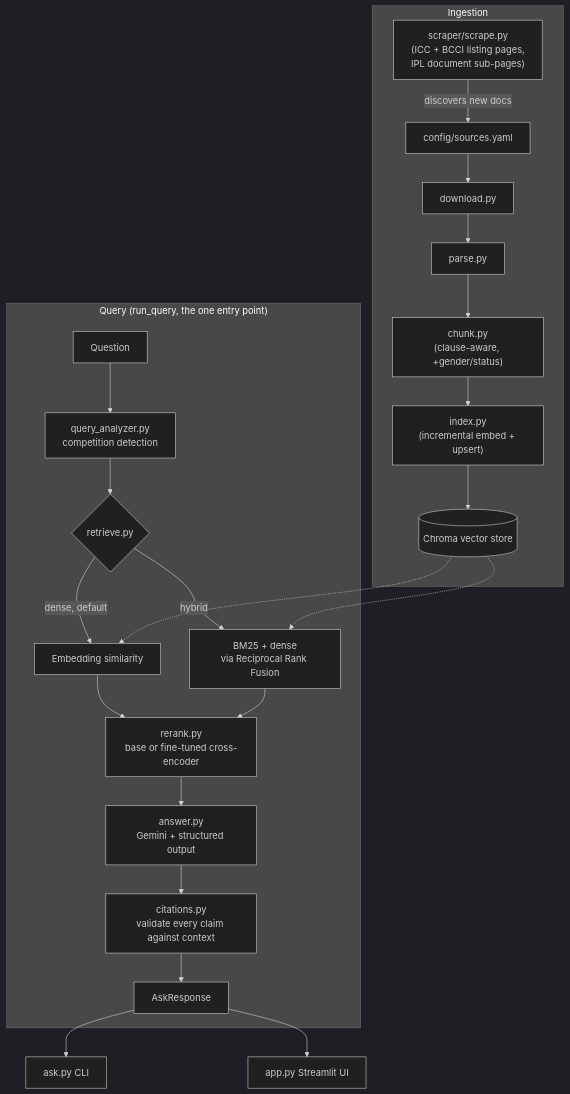
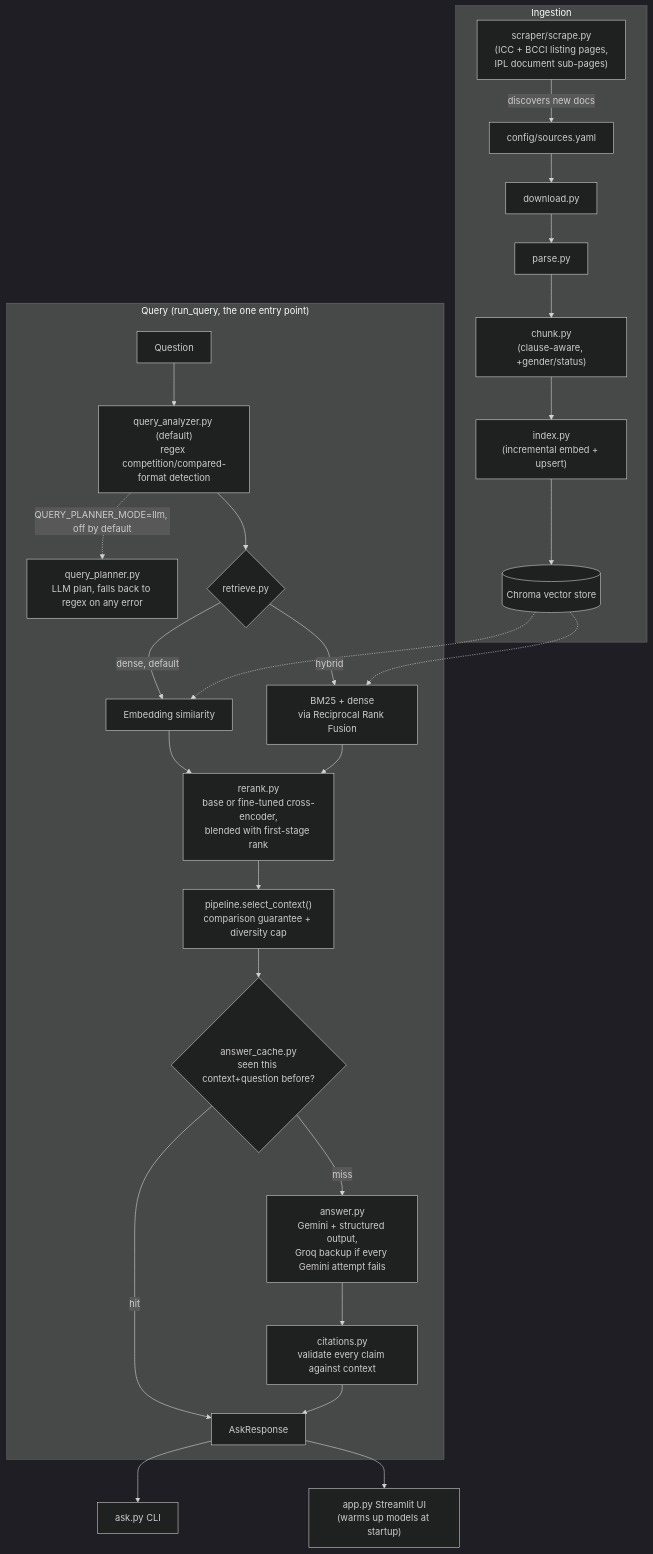
The first of 2 diagrams in README.md (Mayurk906/THirdUmpire), drawn with Mermaid (dark theme) before and after one commit. The commit also changed other lines of this file and 16 other files, not shown here.

Commit message:
Fix clause-truncation bug, improve retrieval diversity and reranker Recall@1, add answer cache and optional Groq/LLM-planner fallbacks.

````diff
--- a/README.md
+++ b/README.md
@@ -15,29 +15,33 @@
 ```mermaid
 flowchart TD
     subgraph Ingestion
         SRC[config/sources.yaml]
         SCRAPE["scraper/scrape.py<br/>(ICC + BCCI listing pages,<br/>IPL document sub-pages)"] -->|discovers new docs| SRC
         SRC --> DL[download.py]
         DL --> PARSE[parse.py]
         PARSE --> CHUNK["chunk.py<br/>(clause-aware, +gender/status)"]
         CHUNK --> IDX["index.py<br/>(incremental embed + upsert)"]
         IDX --> CHROMA[(Chroma vector store)]
     end
 
     subgraph "Query (run_query, the one entry point)"
-        Q[Question] --> QA["query_analyzer.py<br/>competition detection"]
+        Q[Question] --> QA["query_analyzer.py (default)<br/>regex competition/compared-format detection"]
+        QA -.->|QUERY_PLANNER_MODE=llm, off by default| QP["query_planner.py<br/>LLM plan, falls back to regex on any error"]
         QA --> RET{retrieve.py}
         RET -->|dense, default| DENSE[Embedding similarity]
         RET -->|hybrid| HYBRID["BM25 + dense<br/>via Reciprocal Rank Fusion"]
         CHROMA -.-> DENSE
         CHROMA -.-> HYBRID
-        DENSE --> RR["rerank.py<br/>base or fine-tuned cross-encoder"]
+        DENSE --> RR["rerank.py<br/>base or fine-tuned cross-encoder,<br/>blended with first-stage rank"]
         HYBRID --> RR
-        RR --> ANS["answer.py<br/>Gemini + structured output"]
+        RR --> SEL["pipeline.select_context()<br/>comparison guarantee + diversity cap"]
+        SEL --> CACHE{"answer_cache.py<br/>seen this context+question before?"}
+        CACHE -->|hit| RESP
+        CACHE -->|miss| ANS["answer.py<br/>Gemini + structured output,<br/>Groq backup if every Gemini attempt fails"]
         ANS --> CITE["citations.py<br/>validate every claim against context"]
         CITE --> RESP[AskResponse]
     end
 
     RESP --> CLI[ask.py CLI]
-    RESP --> UI["app.py Streamlit UI"]
+    RESP --> UI["app.py Streamlit UI<br/>(warms up models at startup)"]
 ```
````
